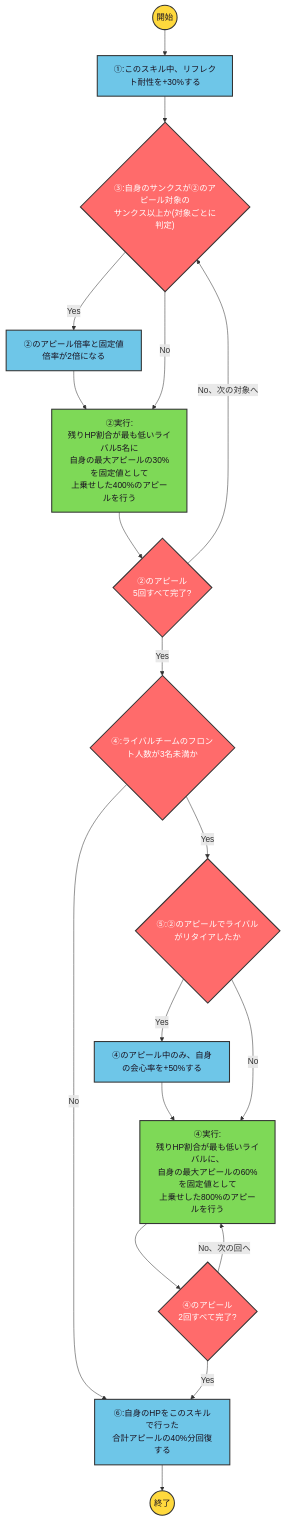
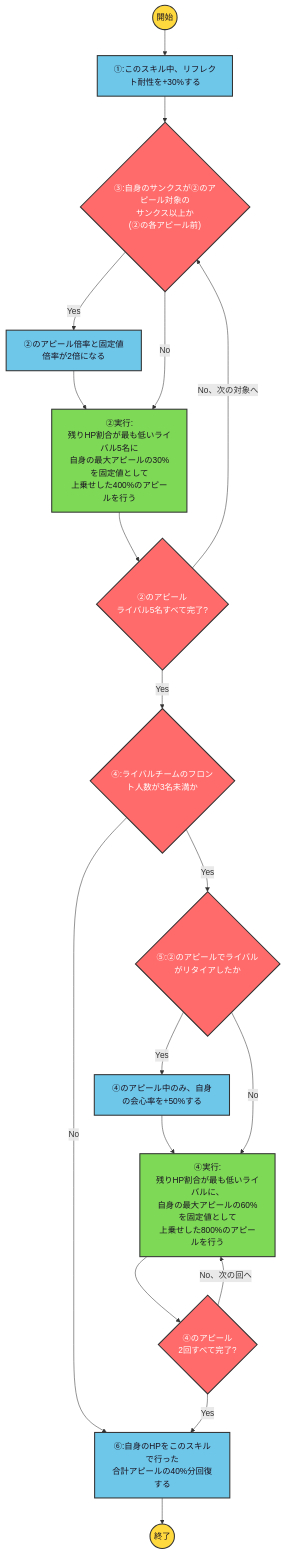
One commit to ryomochi0918/nogifra-characters changed the diagram in data/yakubo_mio/otoshimono_skill2.mmd. Above: the diagram before and after it, drawn with Mermaid. The commit also changed 286 other files, not shown here.

```diff
--- a/data/yakubo_mio/otoshimono_skill2.mmd
+++ b/data/yakubo_mio/otoshimono_skill2.mmd
@@ -1,24 +1,24 @@
 flowchart TD
     classDef startend fill:#FFD93D,stroke:#333,stroke-width:2px,color:#1a1220;
     classDef cond fill:#FF6B6B,stroke:#333,stroke-width:2px,color:#ffffff;
     classDef effect fill:#6EC6E8,stroke:#333,stroke-width:2px,color:#1a1220;
     classDef action fill:#7ED957,stroke:#333,stroke-width:2px,color:#1a1220;
 
     start(("開始")):::startend --> e1["①:このスキル中、リフレクト耐性を+30%する"]:::effect --> c3
-    c3{"③:自身のサンクスが②のアピール対象の<br/>サンクス以上か(対象ごとに判定)"}:::cond
+    c3{"③:自身のサンクスが②のアピール対象の<br/>サンクス以上か<br/>(②の各アピール前)"}:::cond
     c3 -->|"Yes"| e3["②のアピール倍率と固定値倍率が2倍になる"]:::effect --> a2
     c3 -->|"No"| a2["②実行:<br/>残りHP割合が最も低いライバル5名に<br/>自身の最大アピールの30%を固定値として<br/>上乗せした400%のアピールを行う"]:::action
-    a2 --> lc{"②のアピール<br/>5回すべて完了?"}:::cond
-    lc -->|"No、次の対象へ"| c3
-    lc -->|"Yes"| c4
+    a2 --> lc2{"②のアピール<br/>ライバル5名すべて完了?"}:::cond
+    lc2 -->|"No、次の対象へ"| c3
+    lc2 -->|"Yes"| c4
     c4{"④:ライバルチームのフロント人数が3名未満か"}:::cond
     c4 -->|"No"| a6
     c4 -->|"Yes"| c5
     c5{"⑤:②のアピールでライバルがリタイアしたか"}:::cond
     c5 -->|"Yes"| e5["④のアピール中のみ、自身の会心率を+50%する"]:::effect --> a4
     c5 -->|"No"| a4
     a4["④実行:<br/>残りHP割合が最も低いライバルに、<br/>自身の最大アピールの60%を固定値として<br/>上乗せした800%のアピールを行う"]:::action --> lc4
     lc4{"④のアピール<br/>2回すべて完了?"}:::cond
     lc4 -->|"No、次の回へ"| a4
     lc4 -->|"Yes"| a6
     a6["⑥:自身のHPをこのスキルで行った<br/>合計アピールの40%分回復する"]:::effect --> finish(("終了")):::startend
```
